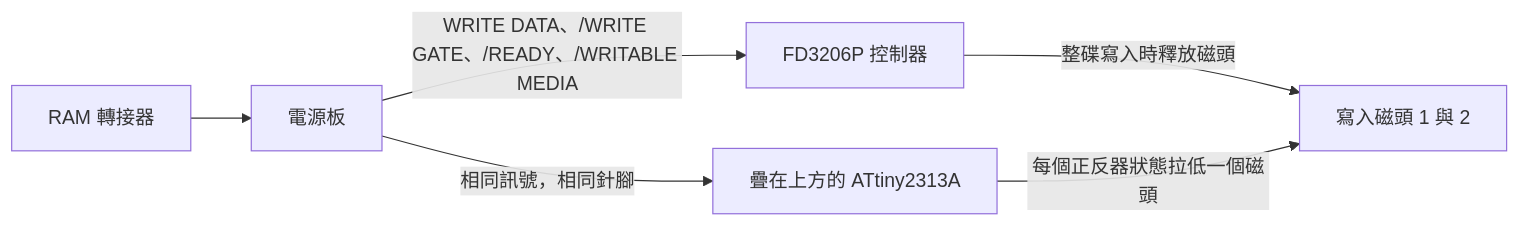
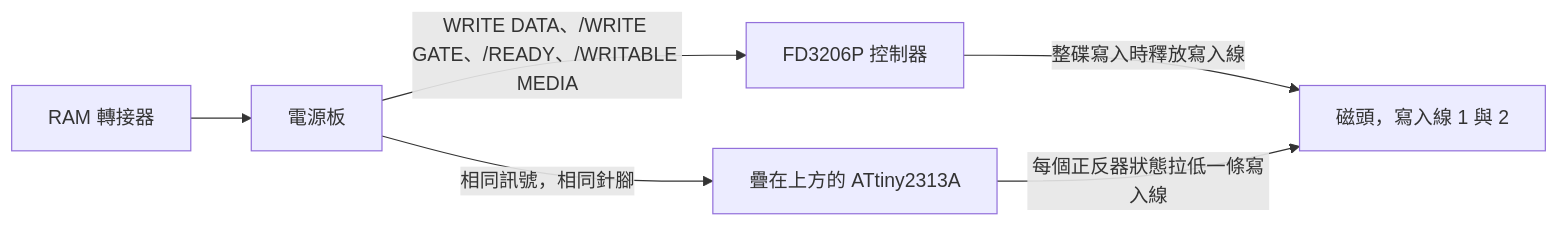
The diagram in README.zh-HK.md (gufranco/fd3206-write-unlock), drawn with Mermaid before and after one commit. The commit also changed other lines of this file and 25 other files, not shown here.

````diff
--- a/README.zh-HK.md
+++ b/README.zh-HK.md
@@ -109,8 +109,8 @@
 ```mermaid
 graph LR
     RAM[RAM 轉接器] --> PWR[電源板]
     PWR -->|WRITE DATA、/WRITE GATE、/READY、/WRITABLE MEDIA| FD[FD3206P 控制器]
     PWR -->|相同訊號，相同針腳| AT[疊在上方的 ATtiny2313A]
-    FD -->|整碟寫入時釋放磁頭| HEADS[寫入磁頭 1 與 2]
-    AT -->|每個正反器狀態拉低一個磁頭| HEADS
+    FD -->|整碟寫入時釋放寫入線| HEAD[磁頭，寫入線 1 與 2]
+    AT -->|每個正反器狀態拉低一條寫入線| HEAD
 ```
````
